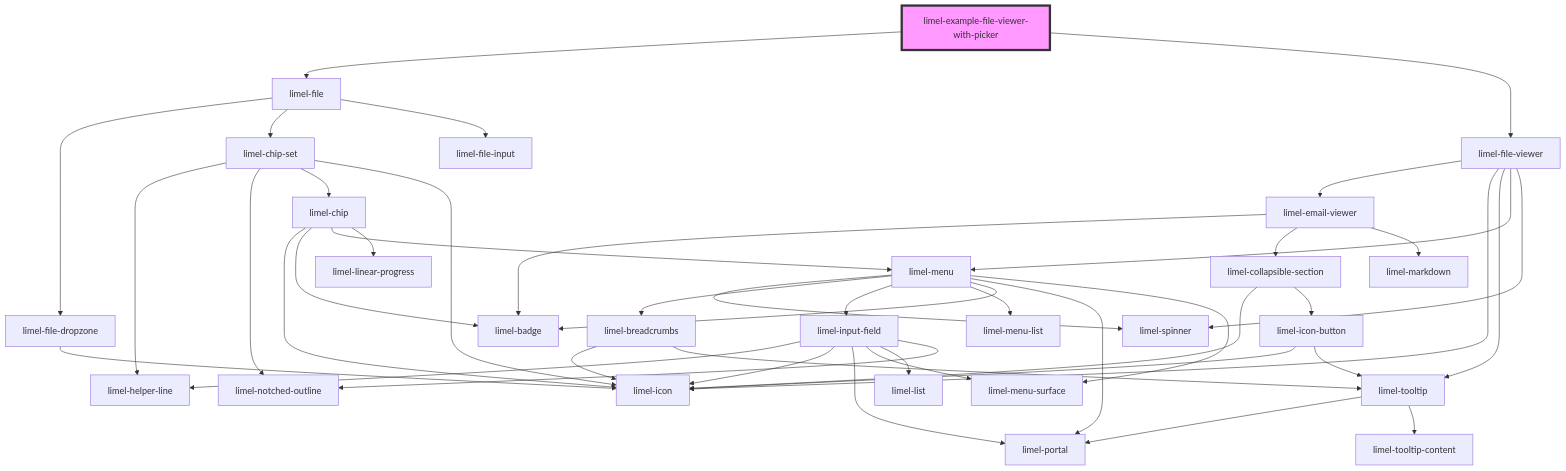
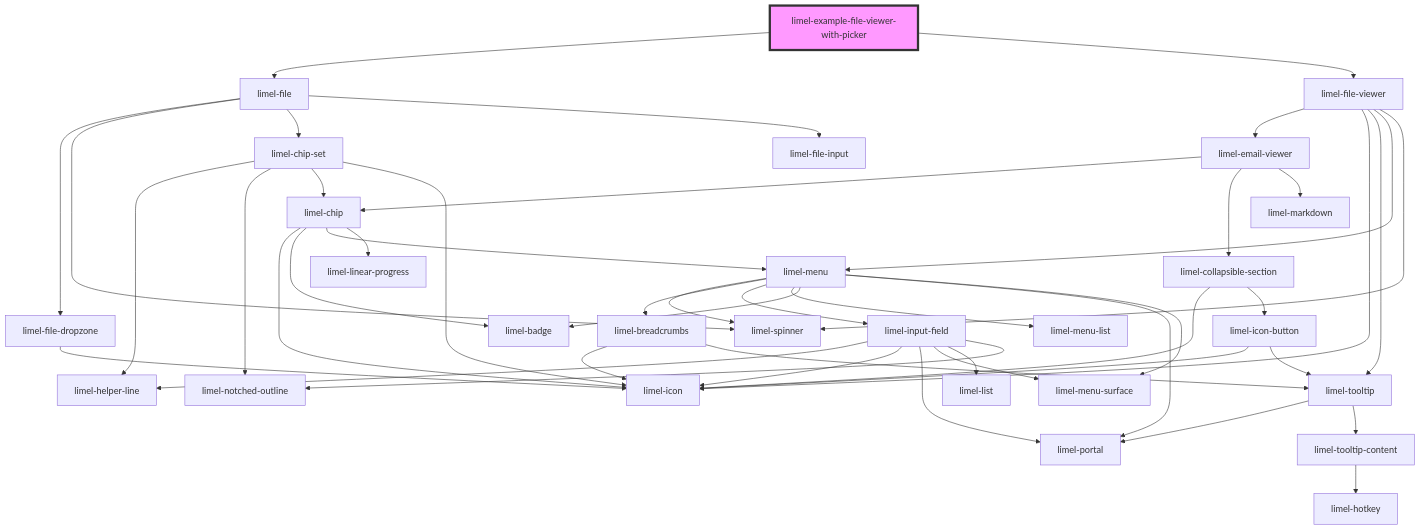
Before and after one commit to Lundalogik/lime-elements: the diagram in versions/PR-3990/markdown-docs/components/file-viewer/examples/readme.md, drawn with Mermaid. The commit also changed 1095 other files, not shown here.

````diff
--- a/versions/PR-3990/markdown-docs/components/file-viewer/examples/readme.md
+++ b/versions/PR-3990/markdown-docs/components/file-viewer/examples/readme.md
@@ -20,47 +20,49 @@
 ```mermaid
 graph TD;
   limel-example-file-viewer-with-picker --> limel-file
   limel-example-file-viewer-with-picker --> limel-file-viewer
   limel-file --> limel-file-dropzone
+  limel-file --> limel-spinner
   limel-file --> limel-chip-set
   limel-file --> limel-file-input
   limel-file-dropzone --> limel-icon
   limel-chip-set --> limel-helper-line
   limel-chip-set --> limel-notched-outline
   limel-chip-set --> limel-chip
   limel-chip-set --> limel-icon
   limel-chip --> limel-icon
   limel-chip --> limel-badge
   limel-chip --> limel-menu
   limel-chip --> limel-linear-progress
   limel-menu --> limel-spinner
   limel-menu --> limel-breadcrumbs
   limel-menu --> limel-input-field
   limel-menu --> limel-menu-list
   limel-menu --> limel-badge
   limel-menu --> limel-portal
   limel-menu --> limel-menu-surface
   limel-breadcrumbs --> limel-icon
   limel-breadcrumbs --> limel-tooltip
   limel-tooltip --> limel-portal
   limel-tooltip --> limel-tooltip-content
+  limel-tooltip-content --> limel-hotkey
   limel-input-field --> limel-helper-line
   limel-input-field --> limel-icon
   limel-input-field --> limel-portal
   limel-input-field --> limel-menu-surface
   limel-input-field --> limel-list
   limel-input-field --> limel-notched-outline
   limel-file-viewer --> limel-email-viewer
   limel-file-viewer --> limel-icon
   limel-file-viewer --> limel-tooltip
   limel-file-viewer --> limel-menu
   limel-file-viewer --> limel-spinner
-  limel-email-viewer --> limel-badge
+  limel-email-viewer --> limel-chip
   limel-email-viewer --> limel-collapsible-section
   limel-email-viewer --> limel-markdown
   limel-collapsible-section --> limel-icon
   limel-collapsible-section --> limel-icon-button
   limel-icon-button --> limel-icon
   limel-icon-button --> limel-tooltip
   style limel-example-file-viewer-with-picker fill:#f9f,stroke:#333,stroke-width:4px
 ```
````
